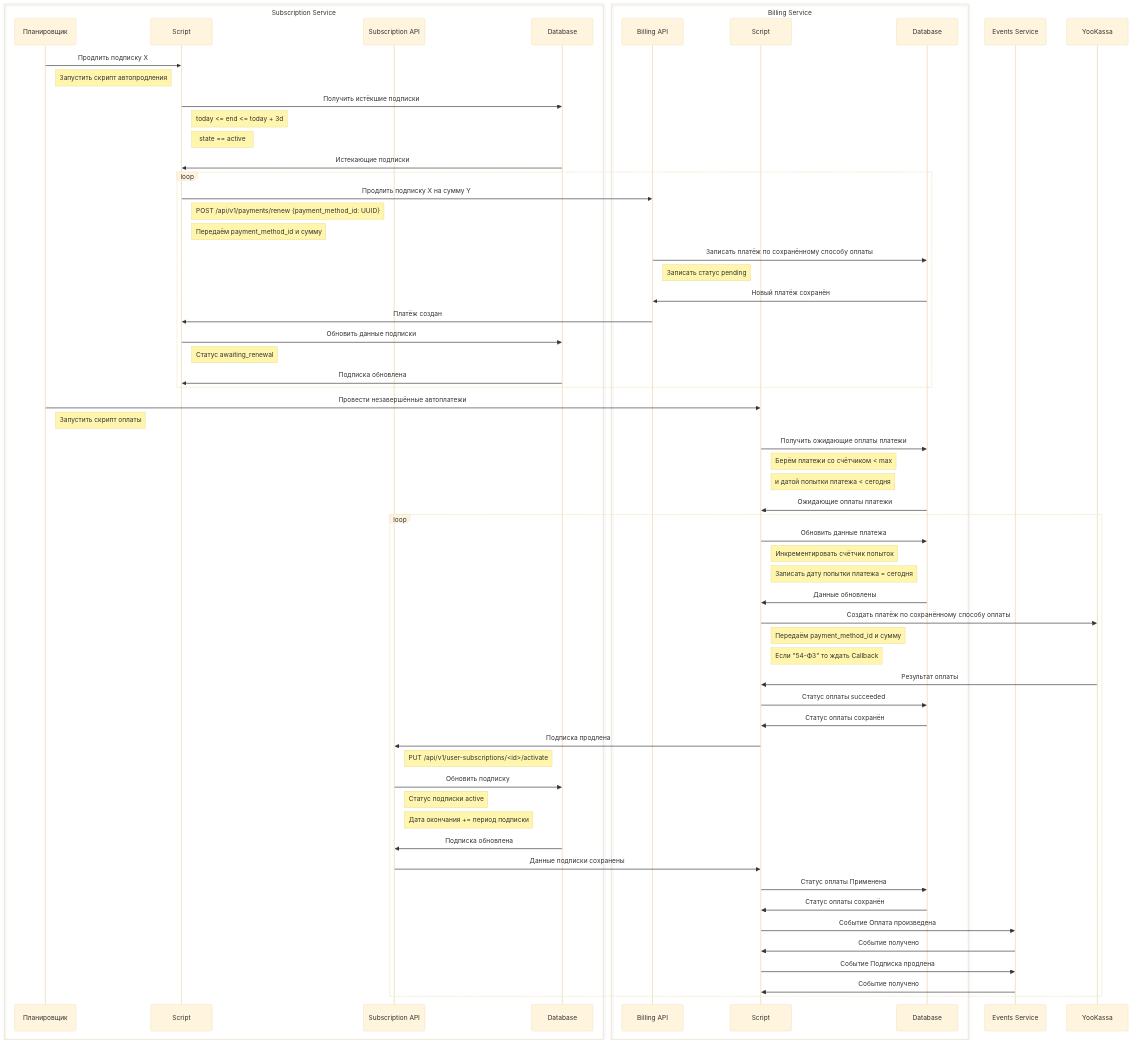
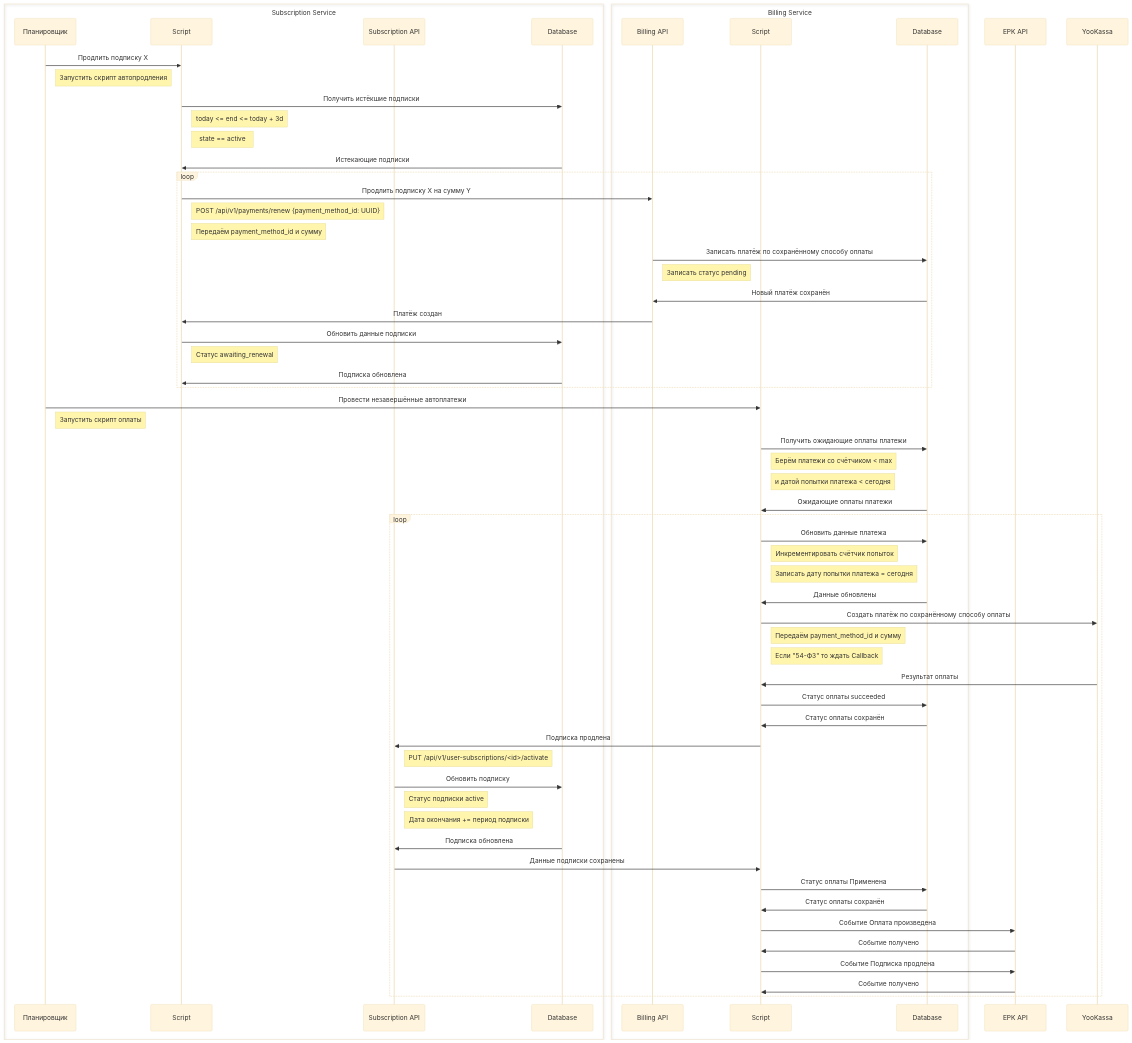
Before and after one commit to smb13/graduate_work: the diagram in architecture/sequence_diagrams/subscription_renewal.md, drawn with Mermaid (base theme). The commit also changed 2 other files, not shown here.

Commit message:
Переименовать Events Service в EPK API, добавить события на отмену

````diff
--- a/architecture/sequence_diagrams/subscription_renewal.md
+++ b/architecture/sequence_diagrams/subscription_renewal.md
@@ -3,67 +3,67 @@
 ```mermaid
 sequenceDiagram
     box Subscription Service
         participant Cron as Планировщик
         participant SubApp as Script
         participant SubAPI as Subscription API
         participant SubDB as Database
     end
     box Billing Service
         participant BillAPI as Billing API
         participant BillApp as Script
         participant BillDB as Database
     end
-    participant Events as Events Service
+    participant EPKAPI as EPK API
     Cron->>SubApp: Продлить подписку X
     Note right of Cron: Запустить скрипт автопродления
     SubApp->>SubDB: Получить истёкшие подписки 
     Note right of SubApp: today <= end <= today + 3d
     Note right of SubApp: state == active
     SubDB->>SubApp: Истекающие подписки
     loop
         SubApp->>BillAPI: Продлить подписку X на сумму Y
         Note right of SubApp: POST /api/v1/payments/renew {payment_method_id: UUID}
         Note right of SubApp: Передаём payment_method_id и сумму
         BillAPI->>BillDB: Записать платёж по сохранённому способу оплаты
         Note right of BillAPI: Записать статус pending
         BillDB->>BillAPI: Новый платёж сохранён
         BillAPI->>SubApp: Платёж создан
         SubApp->>SubDB: Обновить данные подписки
         Note right of SubApp: Статус awaiting_renewal
         SubDB->>SubApp: Подписка обновлена
     end
 
     Cron->>BillApp: Провести незавершённые автоплатежи
     Note right of Cron: Запустить скрипт оплаты
     BillApp->>BillDB: Получить ожидающие оплаты платежи
     Note right of BillApp: Берём платежи со счётчиком < max
     Note right of BillApp: и датой попытки платежа < сегодня
     BillDB->>BillApp: Ожидающие оплаты платежи
 
     loop
         BillApp->>BillDB: Обновить данные платежа
         Note right of BillApp: Инкрементировать счётчик попыток
         Note right of BillApp: Записать дату попытки платежа = сегодня
         BillDB->>BillApp: Данные обновлены
         BillApp->>YooKassa: Создать платёж по сохранённому способу оплаты
         Note right of BillApp: Передаём payment_method_id и сумму
         Note right of BillApp: Если "54-ФЗ" то ждать Callback
         YooKassa->>BillApp: Результат оплаты
     
         BillApp->>BillDB: Статус оплаты succeeded
         BillDB->>BillApp: Статус оплаты сохранён
         BillApp->>SubAPI: Подписка продлена
     Note right of SubAPI: PUT /api/v1/user-subscriptions/<id>/activate
         SubAPI->>SubDB: Обновить подписку
         Note right of SubAPI: Статус подписки active
         Note right of SubAPI: Дата окончания += период подписки 
         SubDB->>SubAPI: Подписка обновлена
         SubAPI->>BillApp: Данные подписки сохранены
         BillApp->>BillDB: Статус оплаты Применена
         BillDB->>BillApp: Статус оплаты сохранён
-        BillApp->>Events: Событие Оплата произведена
-        Events->>BillApp: Событие получено
-        BillApp->>Events: Событие Подписка продлена
-        Events->>BillApp: Событие получено
+        BillApp->>EPKAPI: Событие Оплата произведена
+        EPKAPI->>BillApp: Событие получено
+        BillApp->>EPKAPI: Событие Подписка продлена
+        EPKAPI->>BillApp: Событие получено
     end
 ```
````
